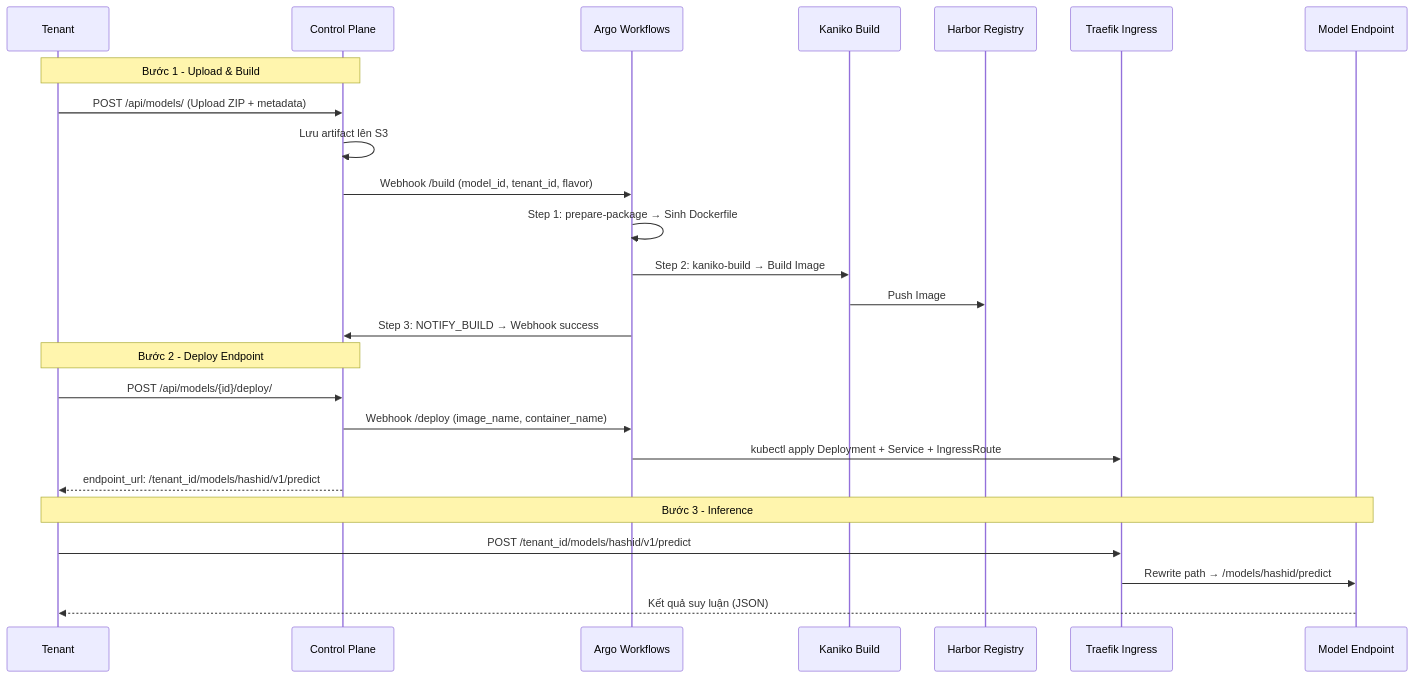
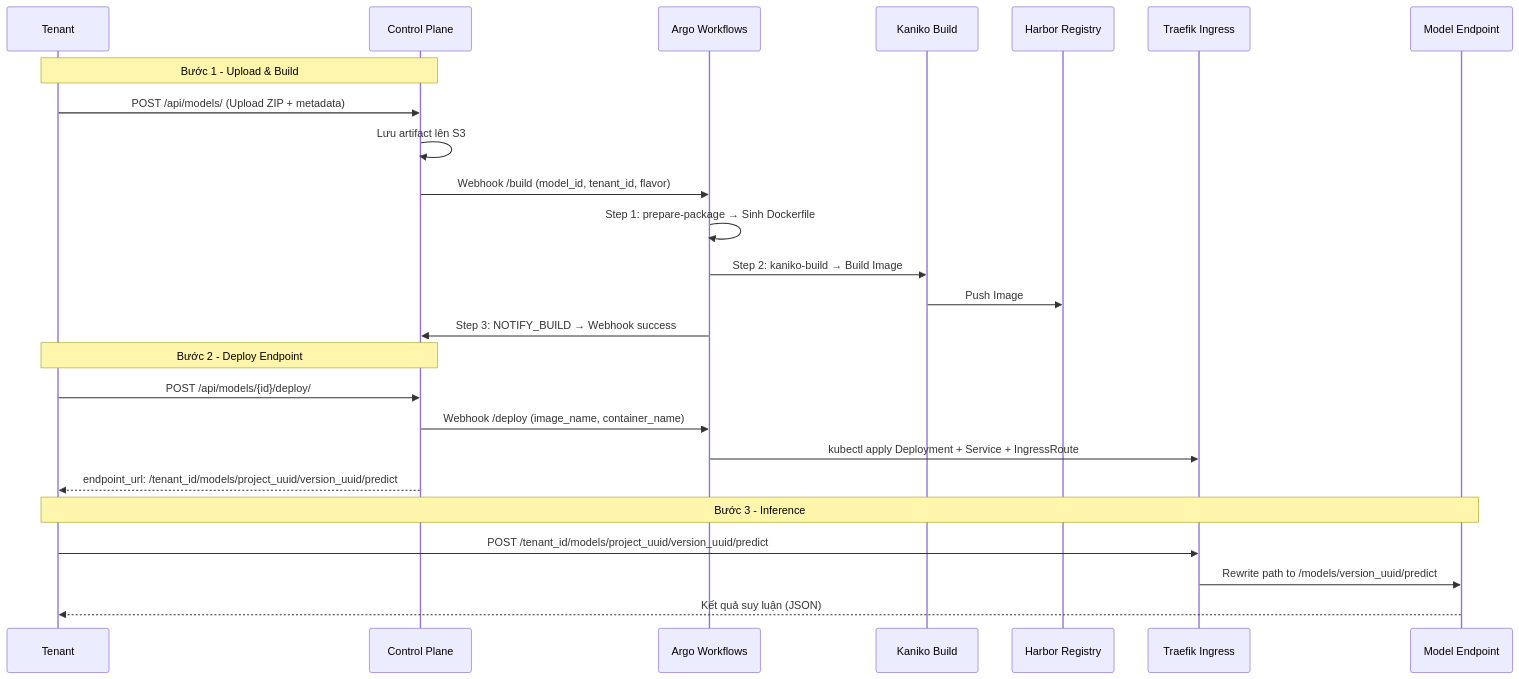
One commit to Viet-Hoang-2005/AdaptML changed the ninth of 9 diagrams in ARCHITECTURE.md. Above: the diagram before and after it, drawn with Mermaid. The commit also changed other lines of this file and 3 other files, not shown here.

Commit message:
docs: update platform architecture references

````diff
--- a/ARCHITECTURE.md
+++ b/ARCHITECTURE.md
@@ -369,30 +370,30 @@
 ```mermaid
 sequenceDiagram
     participant USER as Tenant
     participant CP as Control Plane
     participant ARGO as Argo Workflows
     participant KANIKO as Kaniko Build
     participant HARBOR as Harbor Registry
     participant TRAEFIK as Traefik Ingress
     participant ENDPOINT as Model Endpoint
 
     Note over USER,CP: Bước 1 - Upload & Build
     USER->>CP: POST /api/models/ (Upload ZIP + metadata)
     CP->>CP: Lưu artifact lên S3
     CP->>ARGO: Webhook /build (model_id, tenant_id, flavor)
     ARGO->>ARGO: Step 1: prepare-package → Sinh Dockerfile
     ARGO->>KANIKO: Step 2: kaniko-build → Build Image
     KANIKO->>HARBOR: Push Image
     ARGO->>CP: Step 3: NOTIFY_BUILD → Webhook success
 
     Note over USER,CP: Bước 2 - Deploy Endpoint
     USER->>CP: POST /api/models/{id}/deploy/
     CP->>ARGO: Webhook /deploy (image_name, container_name)
     ARGO->>TRAEFIK: kubectl apply Deployment + Service + IngressRoute
-    CP-->>USER: endpoint_url: /tenant_id/models/hashid/v1/predict
+    CP-->>USER: endpoint_url: /tenant_id/models/project_uuid/version_uuid/predict
 
     Note over USER,ENDPOINT: Bước 3 - Inference
-    USER->>TRAEFIK: POST /tenant_id/models/hashid/v1/predict
-    TRAEFIK->>ENDPOINT: Rewrite path → /models/hashid/predict
+    USER->>TRAEFIK: POST /tenant_id/models/project_uuid/version_uuid/predict
+    TRAEFIK->>ENDPOINT: Rewrite path to /models/version_uuid/predict
     ENDPOINT-->>USER: Kết quả suy luận (JSON)
 ```
````
